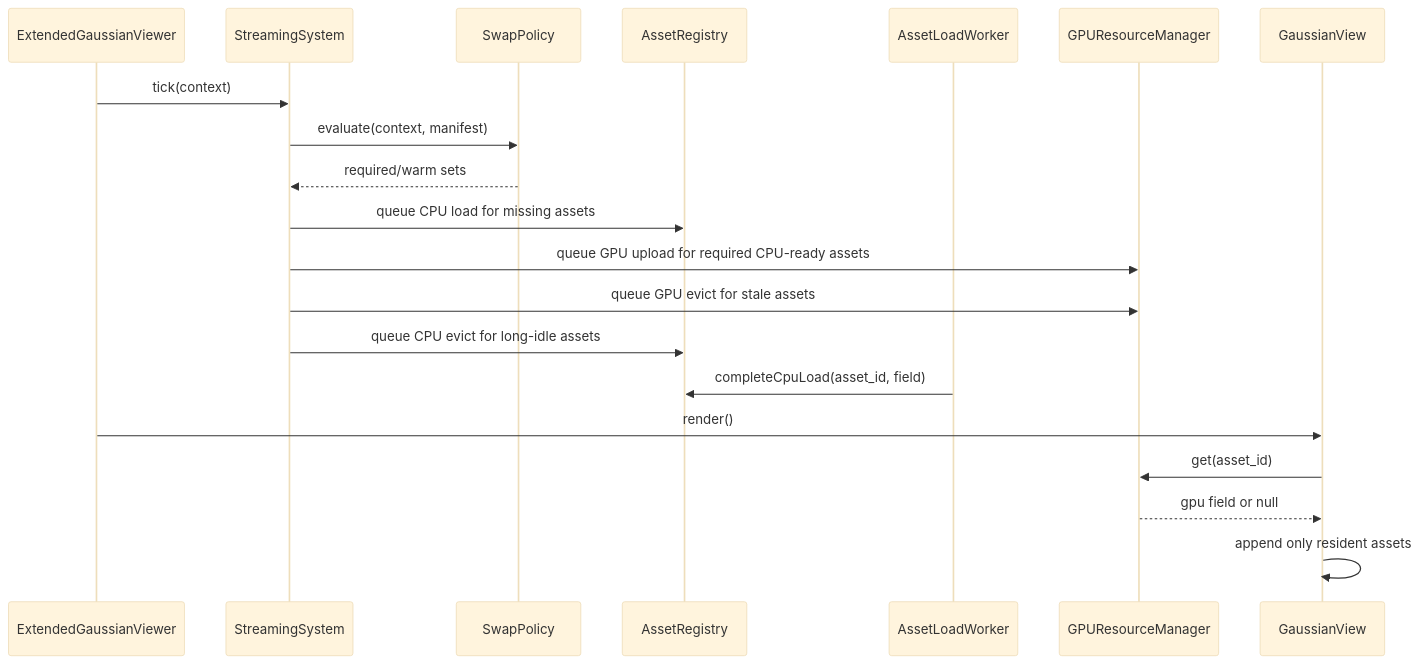
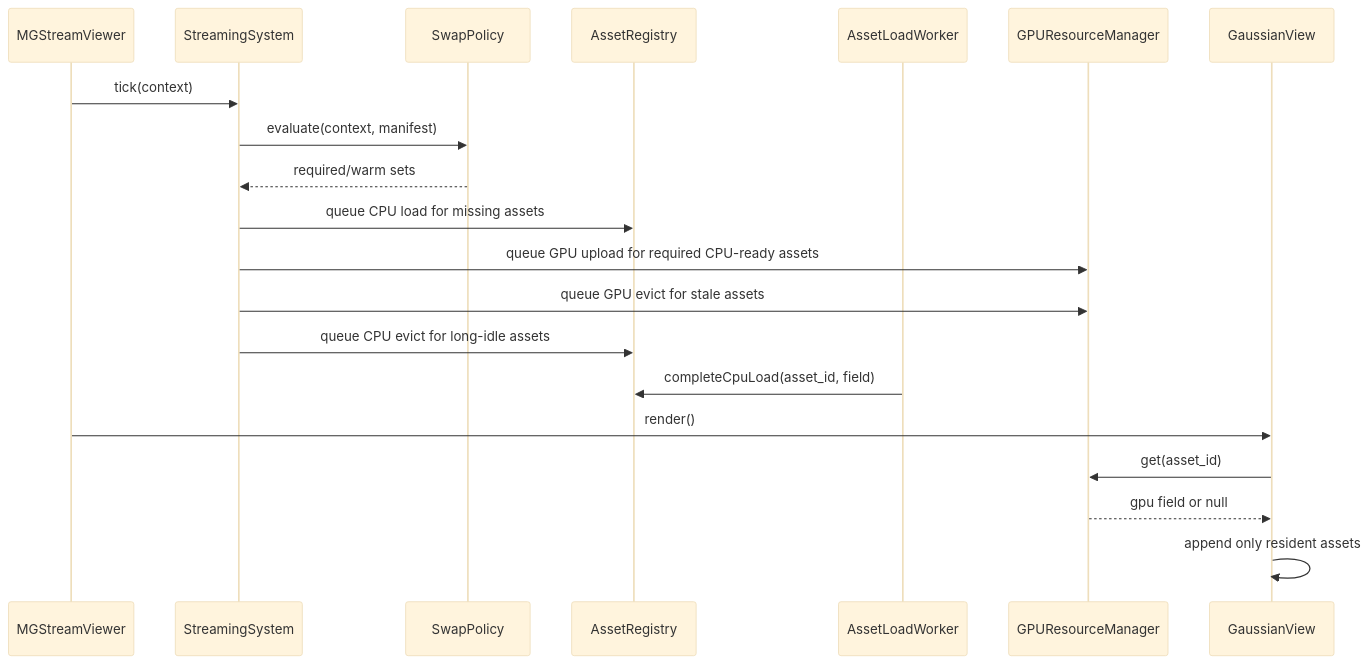
One commit to IlhyeonChoo/M-GStream changed the second of 2 diagrams in docs/sibr_gaussian_swap_detailed_design.md. Above: the diagram before and after it, drawn with Mermaid (base theme). The commit also changed 46 other files, not shown here.

Commit message:
Rename Extended Gaussian identifiers to MGStream

````diff
--- a/docs/sibr_gaussian_swap_detailed_design.md
+++ b/docs/sibr_gaussian_swap_detailed_design.md
@@ -640,25 +640,25 @@
 ```mermaid
 sequenceDiagram
-    participant Viewer as ExtendedGaussianViewer
+    participant Viewer as MGStreamViewer
     participant Stream as StreamingSystem
     participant Policy as SwapPolicy
     participant Registry as AssetRegistry
     participant Worker as AssetLoadWorker
     participant GPU as GPUResourceManager
     participant View as GaussianView
 
     Viewer->>Stream: tick(context)
     Stream->>Policy: evaluate(context, manifest)
     Policy-->>Stream: required/warm sets
     Stream->>Registry: queue CPU load for missing assets
     Stream->>GPU: queue GPU upload for required CPU-ready assets
     Stream->>GPU: queue GPU evict for stale assets
     Stream->>Registry: queue CPU evict for long-idle assets
 
     Worker->>Registry: completeCpuLoad(asset_id, field)
 
     Viewer->>View: render()
     View->>GPU: get(asset_id)
     GPU-->>View: gpu field or null
     View->>View: append only resident assets
 ```
````
